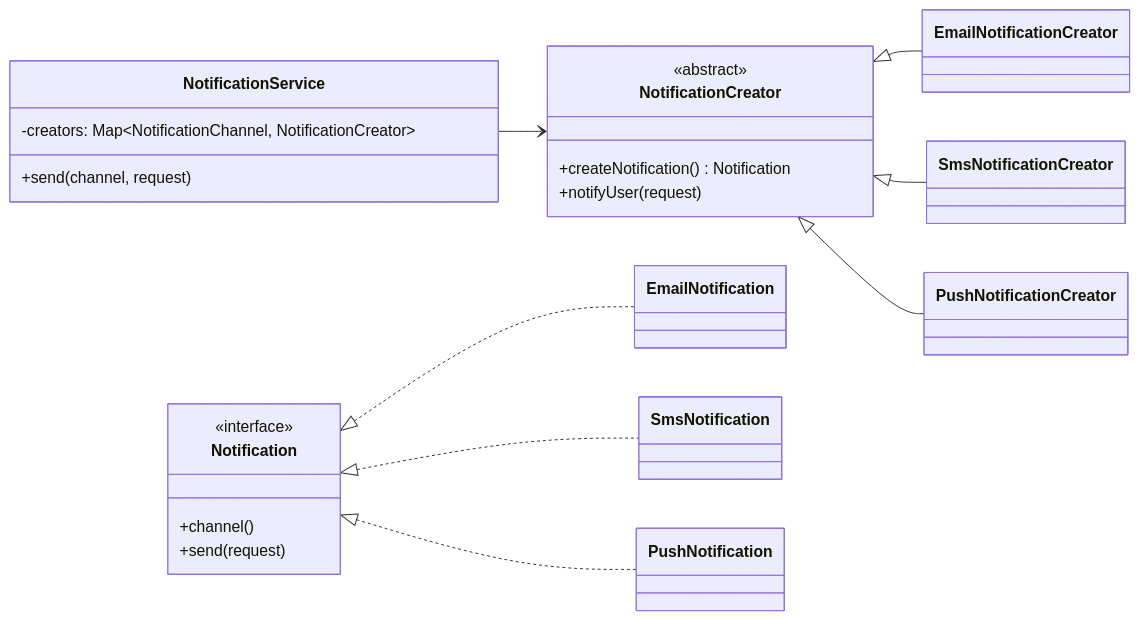
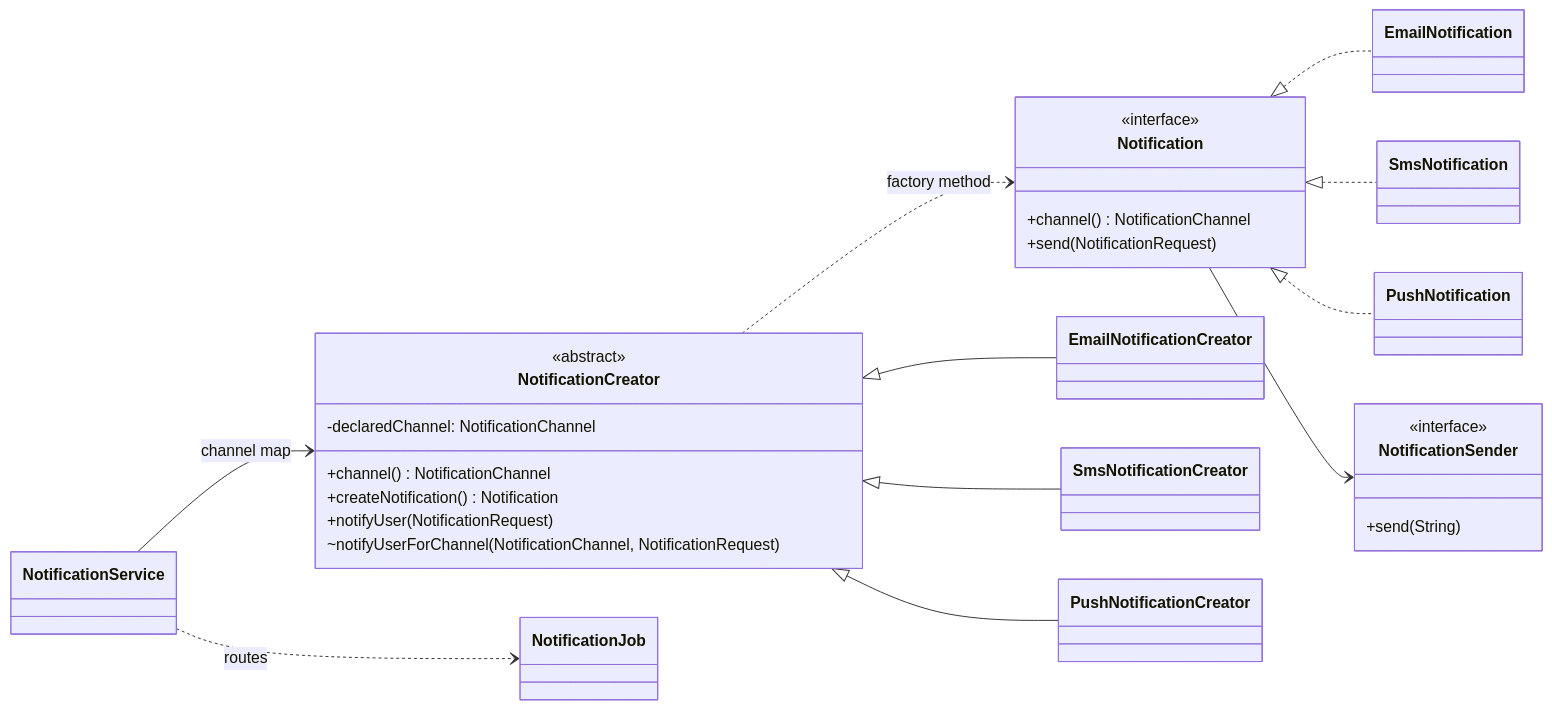
The first of 2 diagrams in src/main/java/com/can/creational/factorymethod/explain/factorymethod.md (TunahanCan/design_pattern), drawn with Mermaid before and after one commit. The commit also changed other lines of this file and 171 other files, not shown here.

````diff
--- a/src/main/java/com/can/creational/factorymethod/explain/factorymethod.md
+++ b/src/main/java/com/can/creational/factorymethod/explain/factorymethod.md
@@ -45,31 +156,35 @@
 ```mermaid
 classDiagram
     direction LR
 
     class Notification {
-      <<interface>>
-      +channel()
-      +send(request)
+        <<interface>>
+        +channel() NotificationChannel
+        +send(NotificationRequest)
     }
 
     class NotificationCreator {
-      <<abstract>>
-      +createNotification() Notification
-      +notifyUser(request)
+        <<abstract>>
+        -declaredChannel: NotificationChannel
+        +channel() NotificationChannel
+        +createNotification() Notification
+        +notifyUser(NotificationRequest)
+        ~notifyUserForChannel(NotificationChannel, NotificationRequest)
     }
 
-    class NotificationService {
-      -creators: Map~NotificationChannel, NotificationCreator~
-      +send(channel, request)
+    class NotificationSender {
+        <<interface>>
+        +send(String)
     }
 
     NotificationCreator <|-- EmailNotificationCreator
     NotificationCreator <|-- SmsNotificationCreator
     NotificationCreator <|-- PushNotificationCreator
-
     Notification <|.. EmailNotification
     Notification <|.. SmsNotification
     Notification <|.. PushNotification
-
-    NotificationService --> NotificationCreator
+    NotificationCreator ..> Notification : factory method
+    Notification --> NotificationSender
+    NotificationService --> NotificationCreator : channel map
+    NotificationService ..> NotificationJob : routes
 ```
````
